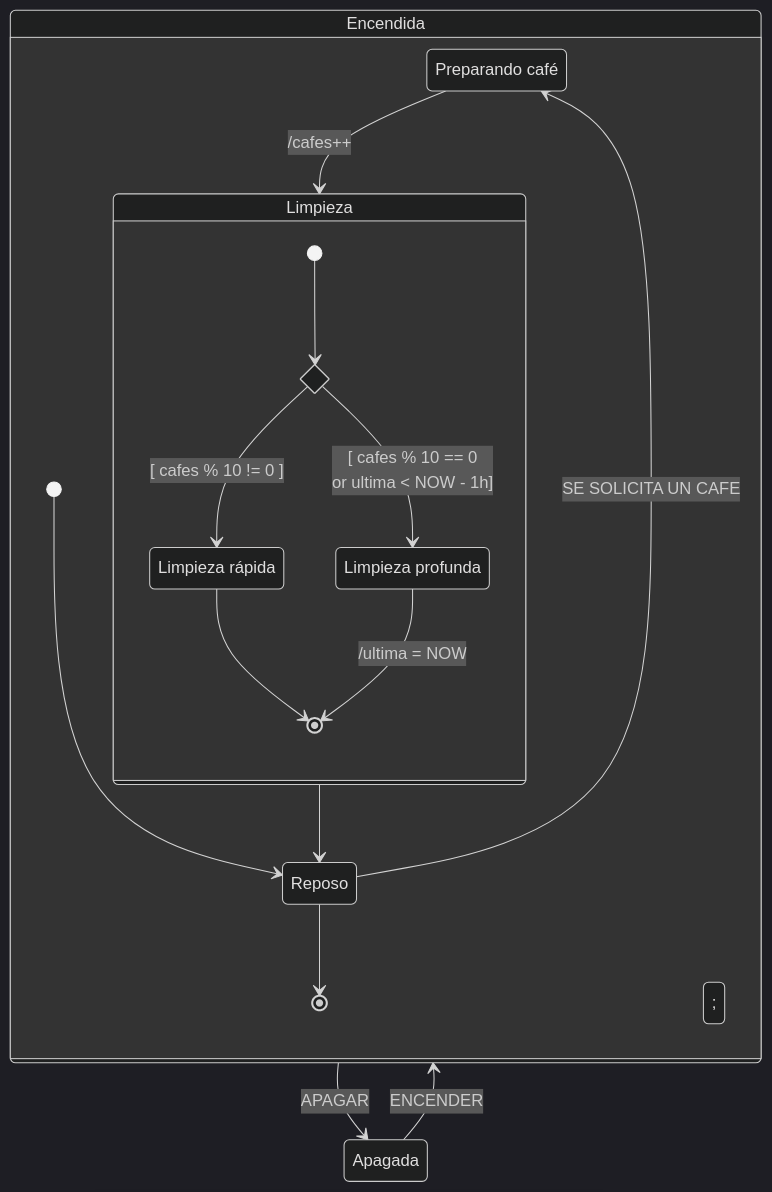
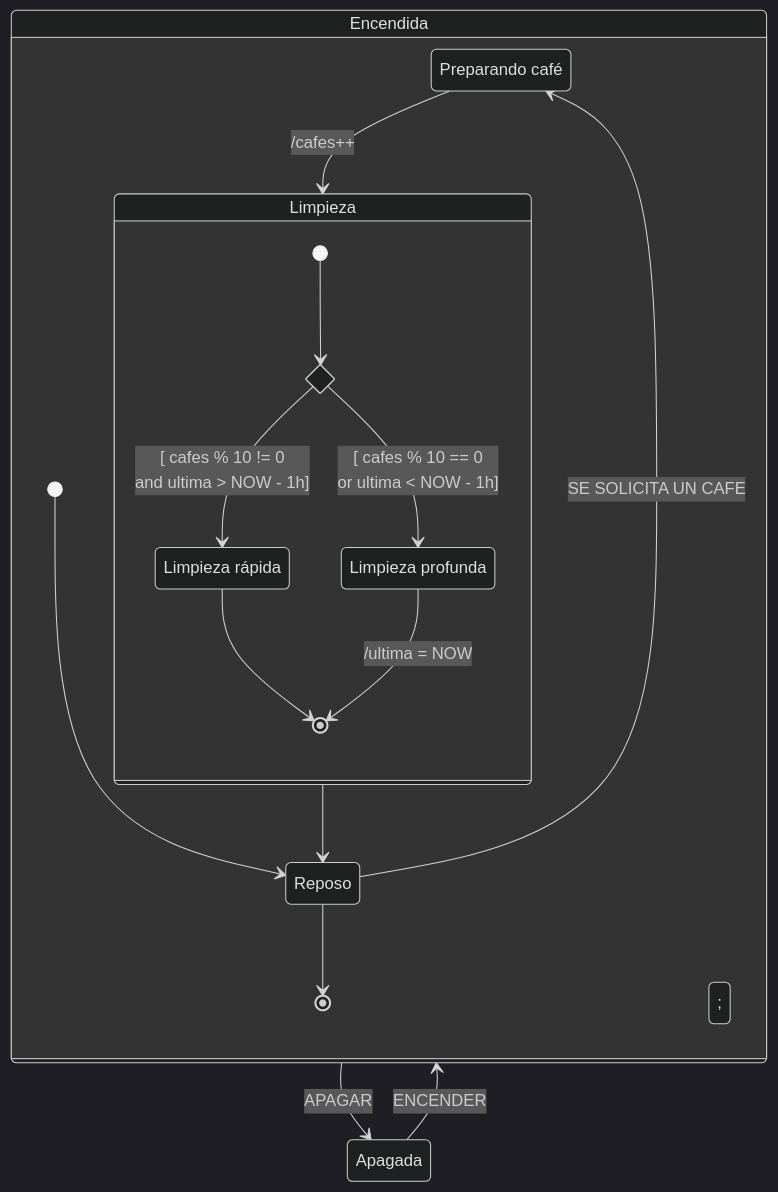
The first of 3 diagrams in ejemplos/cafe/diagrama_estados.md (IvanciniGT/formacionUML), drawn with Mermaid (dark theme) before and after one commit. The commit also changed 2 other files, not shown here.

````diff
--- a/ejemplos/cafe/diagrama_estados.md
+++ b/ejemplos/cafe/diagrama_estados.md
@@ -3,30 +3,30 @@
 ```mermaid
 
 stateDiagram-v2
 
 Preparando: Preparando café
 rapida: Limpieza rápida
 profunda: Limpieza profunda
 state decidir_tipo_limpieza <<choice>>
 
 state Limpieza {
     [*] --> decidir_tipo_limpieza
-    decidir_tipo_limpieza --> rapida: [ cafes % 10 != 0 ]
+    decidir_tipo_limpieza --> rapida: [ cafes % 10 != 0 <br/> and ultima > NOW - 1h]
     decidir_tipo_limpieza --> profunda: [ cafes % 10 == 0 <br/> or ultima < NOW - 1h]
     rapida --> [*]
     profunda --> [*]: /ultima = NOW
 }
 
 state Encendida {
     [*] --> Reposo
     Reposo --> Preparando: SE SOLICITA UN CAFE
     Preparando --> Limpieza: /cafes++;
     Limpieza --> Reposo
     Reposo --> [*]
 }
 
 Apagada --> Encendida: ENCENDER
 Encendida --> Apagada: APAGAR
 
 
 ```
````
